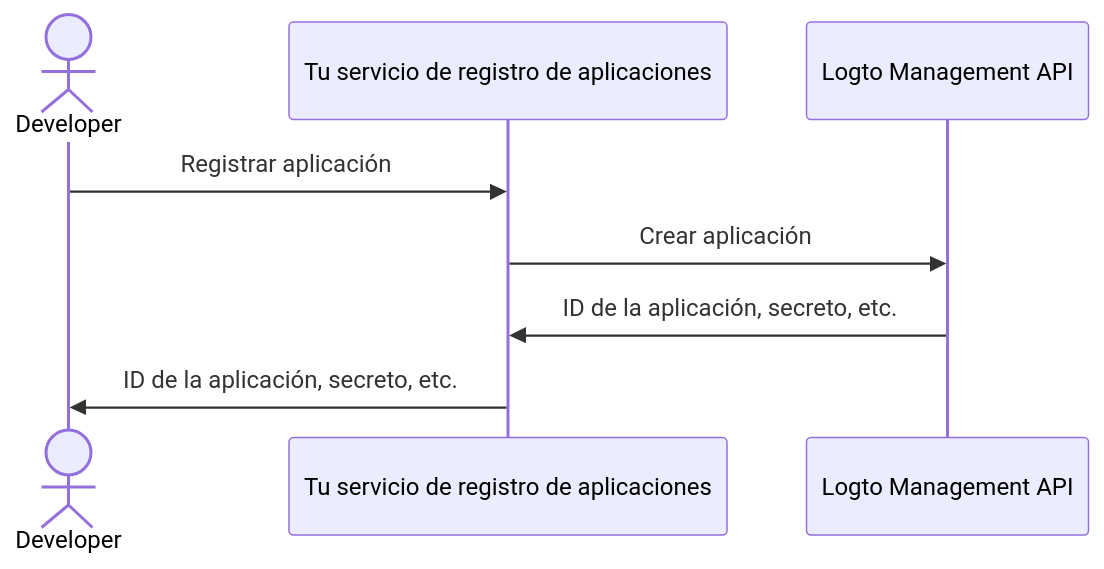
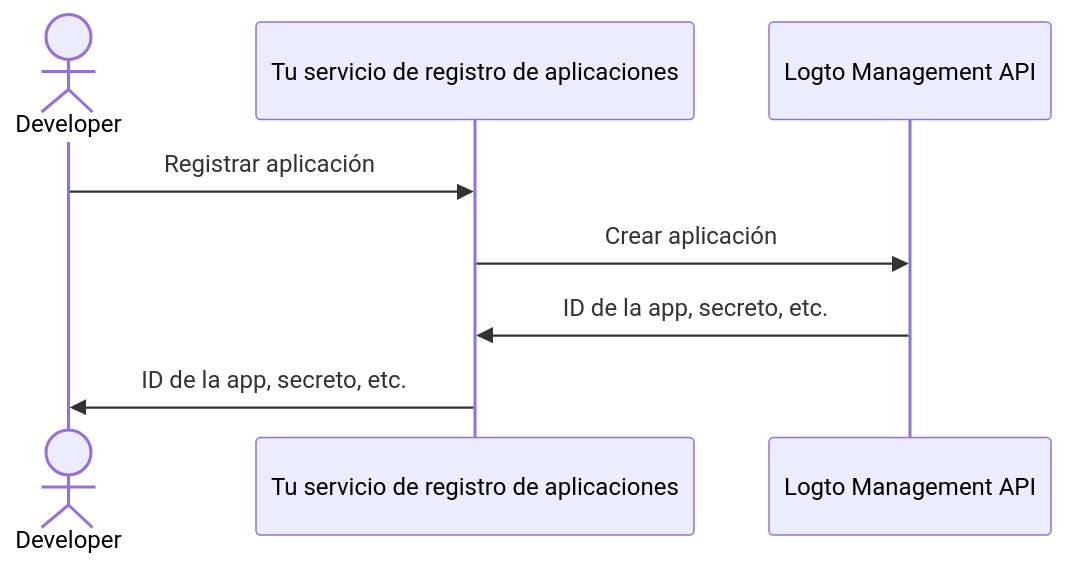
One commit to logto-io/docs changed the first of 2 diagrams in i18n/es/docusaurus-plugin-content-docs/current/use-cases/ai/fragments/_configure-third-party-ai-agent.mdx. Above: the diagram before and after it, drawn with Mermaid. The commit also changed other lines of this file and 89 other files, not shown here.

````diff
--- a/i18n/es/docusaurus-plugin-content-docs/current/use-cases/ai/fragments/_configure-third-party-ai-agent.mdx
+++ b/i18n/es/docusaurus-plugin-content-docs/current/use-cases/ai/fragments/_configure-third-party-ai-agent.mdx
@@ -25,10 +25,10 @@
 ```mermaid
 sequenceDiagram
   actor Developer
   participant Server as Tu servicio de registro de aplicaciones
   participant Logto as Logto Management API
   Developer->>Server: Registrar aplicación
   Server->>Logto: Crear aplicación
-  Logto->>Server: ID de la aplicación, secreto, etc.
-  Server->>Developer: ID de la aplicación, secreto, etc.
+  Logto->>Server: ID de la app, secreto, etc.
+  Server->>Developer: ID de la app, secreto, etc.
 ```
````
